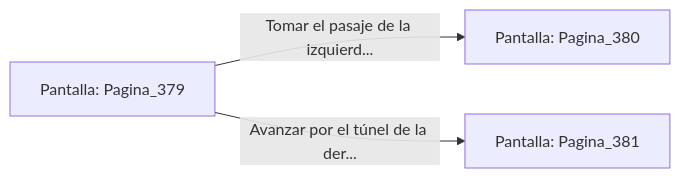
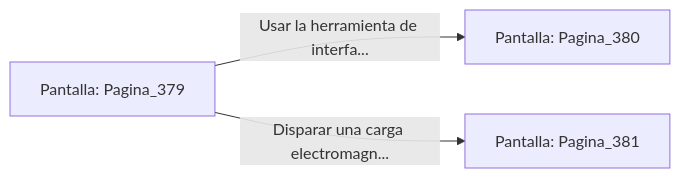
One commit to metsuke/mpl changed the diagram in sample/eligejuego-vault/Pantalla_Pagina_379.md. Above: the diagram before and after it, drawn with Mermaid. The commit also changed other lines of this file and 635 other files, not shown here.

First line of the commit message:
fix: añadir Pagina_1 como pantalla inicial en capitulo_01.mpl

````diff
--- a/sample/eligejuego-vault/Pantalla_Pagina_379.md
+++ b/sample/eligejuego-vault/Pantalla_Pagina_379.md
@@ -20,6 +24,6 @@
 ```mermaid
 graph LR
     P_Pagina_379["Pantalla: Pagina_379"]
-    P_Pagina_379 -->|"Tomar el pasaje de la izquierd..."| P_Pagina_380["Pantalla: Pagina_380"]
-    P_Pagina_379 -->|"Avanzar por el túnel de la der..."| P_Pagina_381["Pantalla: Pagina_381"]
+    P_Pagina_379 -->|"Usar la herramienta de interfa..."| P_Pagina_380["Pantalla: Pagina_380"]
+    P_Pagina_379 -->|"Disparar una carga electromagn..."| P_Pagina_381["Pantalla: Pagina_381"]
 ```
````
